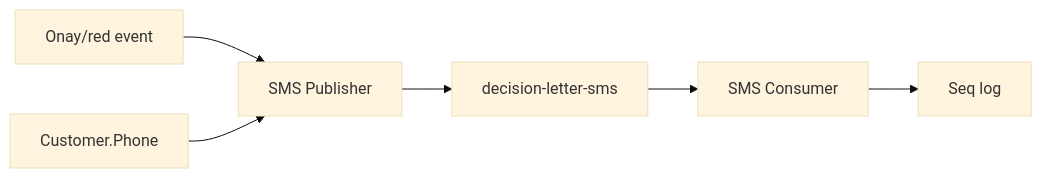
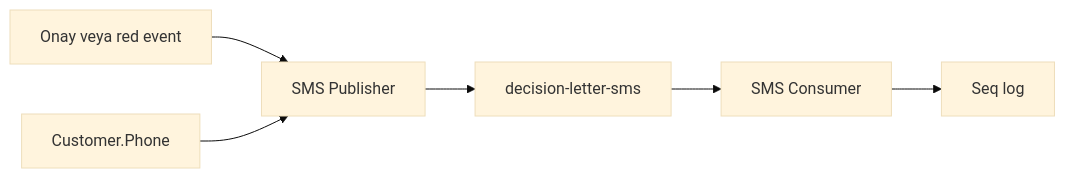
Before and after one commit to fdeniz07/BankApp: the first of 2 diagrams in docs/learning/tr/25-decision-letter-sms.md, drawn with Mermaid (base theme). The commit also changed other lines of this file and 105 other files, not shown here.

First line of the commit message:
doc: Enrich learning chapters with labs, pitfalls, and safe Mermaid

````diff
--- a/docs/learning/tr/25-decision-letter-sms.md
+++ b/docs/learning/tr/25-decision-letter-sms.md
@@ -12,8 +14,8 @@
 ```mermaid
 flowchart LR
-  EV[Onay/red event] --> PUB[SMS Publisher]
-  PHN[Customer.Phone] --> PUB
-  PUB --> Q[decision-letter-sms]
-  Q --> CON[SMS Consumer]
-  CON --> SEQ[Seq log]
+  EV["Onay veya red event"] --> PUB["SMS Publisher"]
+  PHN["Customer.Phone"] --> PUB
+  PUB --> Q["decision-letter-sms"]
+  Q --> CON["SMS Consumer"]
+  CON --> SEQ["Seq log"]
 ```
````
